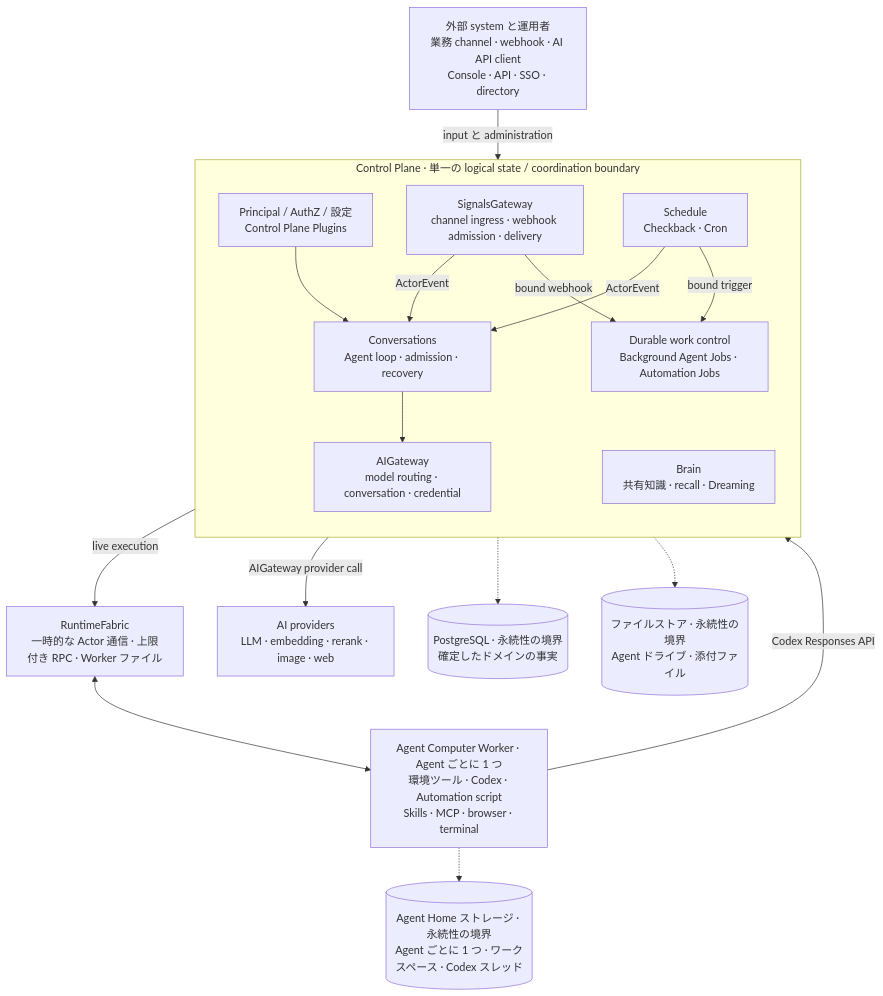
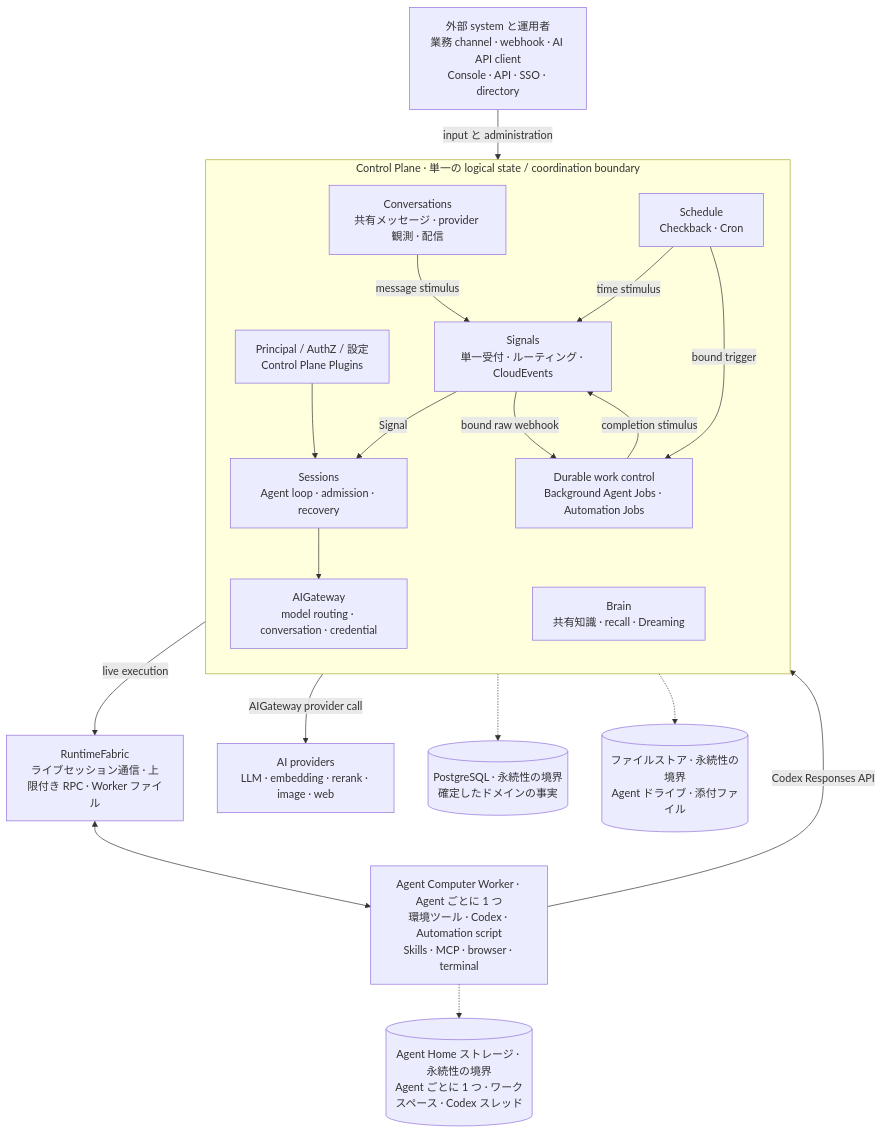
Before and after one commit to AgentBull/ankole: the diagram in README.ja.md, drawn with Mermaid. The commit also changed other lines of this file and 240 other files, not shown here.

````diff
--- a/README.ja.md
+++ b/README.ja.md
@@ -153,38 +152,41 @@
 ```mermaid
 flowchart TB
   External["外部 system と運用者<br/>業務 channel · webhook · AI API client<br/>Console · API · SSO · directory"]
 
   subgraph Control["Control Plane · 単一の logical state / coordination boundary"]
     direction TB
     Platform["Principal / AuthZ / 設定<br/>Control Plane Plugins"]
-    SG["SignalsGateway<br/>channel ingress · webhook admission · delivery"]
+    Convo["Conversations<br/>共有メッセージ · provider 観測 · 配信"]
+    Signals["Signals<br/>単一受付 · ルーティング · CloudEvents"]
     Schedule["Schedule<br/>Checkback · Cron"]
-    Runtime["Conversations<br/>Agent loop · admission · recovery"]
+    Runtime["Sessions<br/>Agent loop · admission · recovery"]
     Jobs["Durable work control<br/>Background Agent Jobs · Automation Jobs"]
     Brain["Brain<br/>共有知識 · recall · Dreaming"]
     AI["AIGateway<br/>model routing · conversation · credential"]
   end
 
-  Fabric["RuntimeFabric<br/>一時的な Actor 通信 · 上限付き RPC · Worker ファイル"]
+  Fabric["RuntimeFabric<br/>ライブセッション通信 · 上限付き RPC · Worker ファイル"]
   Workers["Agent Computer Worker · Agent ごとに 1 つ<br/>環境ツール · Codex · Automation script<br/>Skills · MCP · browser · terminal"]
   Providers["AI providers<br/>LLM · embedding · rerank · image · web"]
 
   PG[("PostgreSQL · 永続性の境界<br/>確定したドメインの事実")]
   Files[("ファイルストア · 永続性の境界<br/>Agent ドライブ · 添付ファイル")]
   Homes[("Agent Home ストレージ · 永続性の境界<br/>Agent ごとに 1 つ · ワークスペース · Codex スレッド")]
 
   External -->|"input と administration"| Control
-  SG -->|"ActorEvent"| Runtime
-  Schedule -->|"ActorEvent"| Runtime
-  SG -->|"bound webhook"| Jobs
+  Convo -->|"message stimulus"| Signals
+  Schedule -->|"time stimulus"| Signals
+  Jobs -->|"completion stimulus"| Signals
+  Signals -->|"Signal"| Runtime
+  Signals -->|"bound raw webhook"| Jobs
   Schedule -->|"bound trigger"| Jobs
   Platform --> Runtime
   Runtime --> AI
   Control -->|"live execution"| Fabric
   Fabric <--> Workers
   Workers -->|"Codex Responses API"| AI
   Control -->|"AIGateway provider call"| Providers
   Control -.-> PG
   Control -.-> Files
   Workers -.-> Homes
 ```
````
